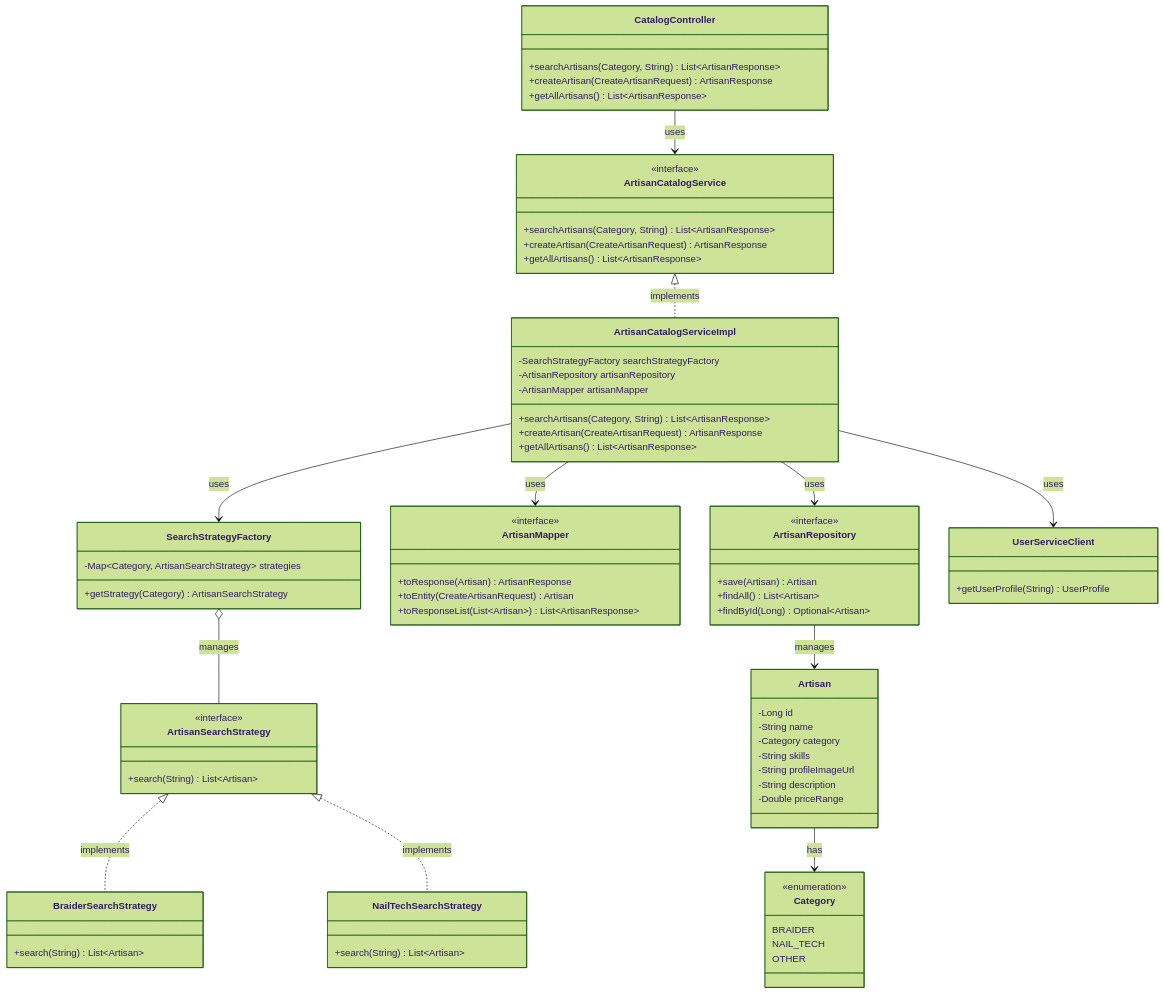
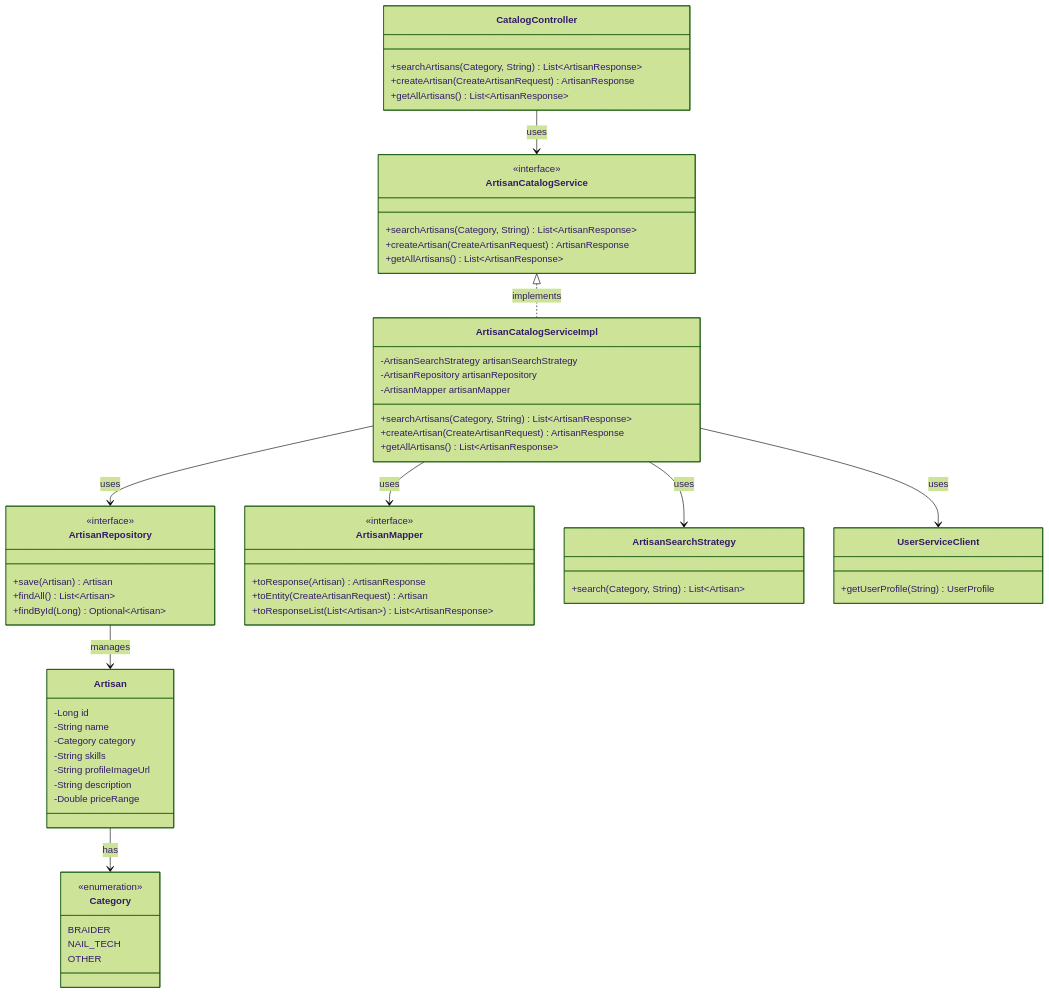
Before and after one commit to Bigmehelen/CatalogService: the diagram in CatalogService/classDiagram/diagrams.md, drawn with Mermaid (forest theme). The commit also changed 7 other files, not shown here.

```diff
--- a/CatalogService/classDiagram/diagrams.md
+++ b/CatalogService/classDiagram/diagrams.md
@@ -18,7 +18,7 @@
     }
 
     class ArtisanCatalogServiceImpl {
-        -SearchStrategyFactory searchStrategyFactory
+        -ArtisanSearchStrategy artisanSearchStrategy
         -ArtisanRepository artisanRepository
         -ArtisanMapper artisanMapper
         +searchArtisans(Category, String) List~ArtisanResponse~
@@ -57,22 +57,8 @@
         +toResponseList(List~Artisan~) List~ArtisanResponse~
     }
 
-    class SearchStrategyFactory {
-        -Map~Category, ArtisanSearchStrategy~ strategies
-        +getStrategy(Category) ArtisanSearchStrategy
-    }
-
     class ArtisanSearchStrategy {
-        <<interface>>
-        +search(String) List~Artisan~
-    }
-
-    class BraiderSearchStrategy {
-        +search(String) List~Artisan~
-    }
-
-    class NailTechSearchStrategy {
-        +search(String) List~Artisan~
+        +search(Category, String) List~Artisan~
     }
 
     class UserServiceClient {
@@ -81,12 +67,9 @@
 
     CatalogController --> ArtisanCatalogService : uses
     ArtisanCatalogService <|.. ArtisanCatalogServiceImpl : implements
-    ArtisanCatalogServiceImpl --> SearchStrategyFactory : uses
+    ArtisanCatalogServiceImpl --> ArtisanSearchStrategy : uses
     ArtisanCatalogServiceImpl --> ArtisanRepository : uses
     ArtisanCatalogServiceImpl --> ArtisanMapper : uses
-    SearchStrategyFactory o-- ArtisanSearchStrategy : manages
-    ArtisanSearchStrategy <|.. BraiderSearchStrategy : implements
-    ArtisanSearchStrategy <|.. NailTechSearchStrategy : implements
     ArtisanRepository --> Artisan : manages
     Artisan --> Category : has
     ArtisanCatalogServiceImpl --> UserServiceClient : uses
```
